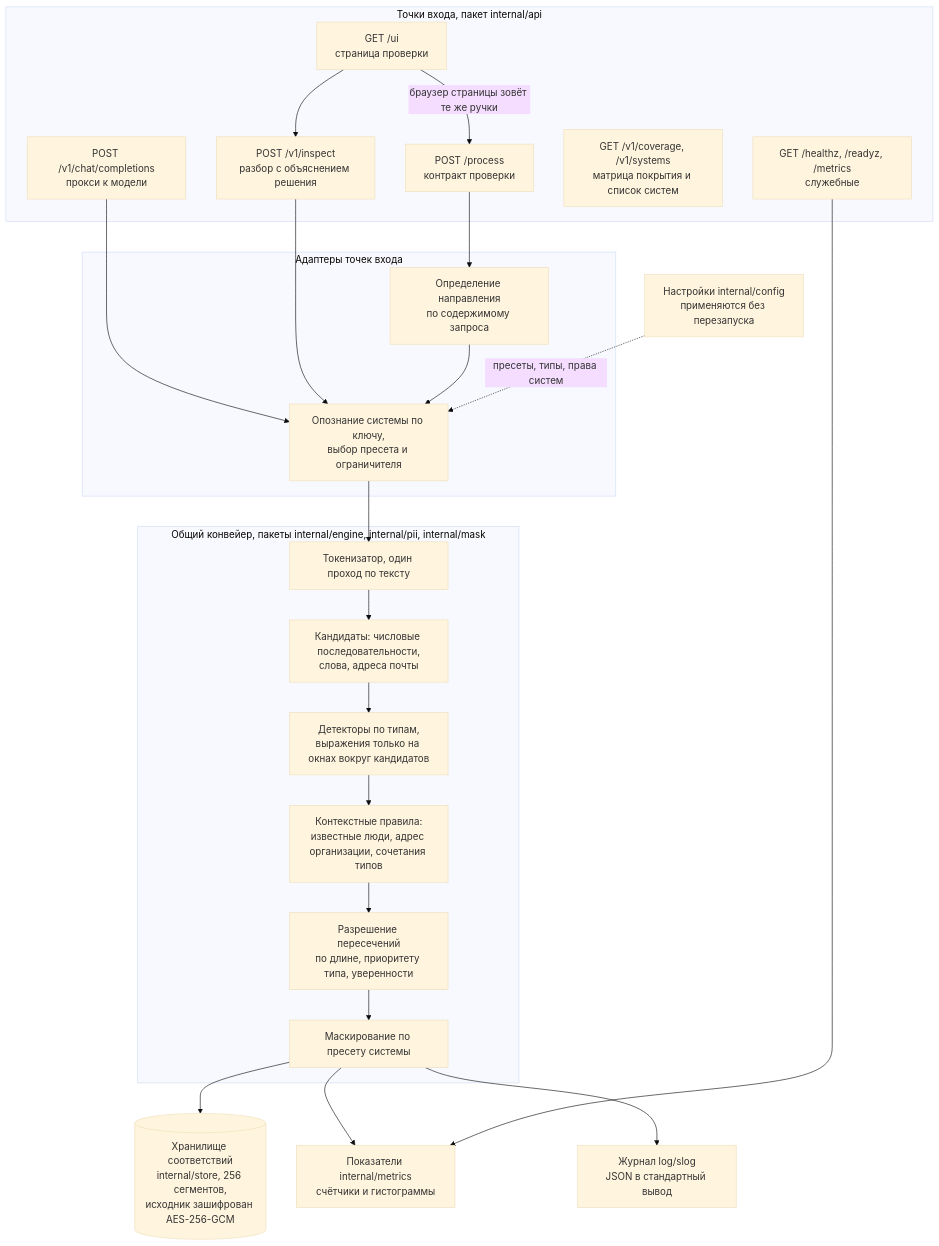
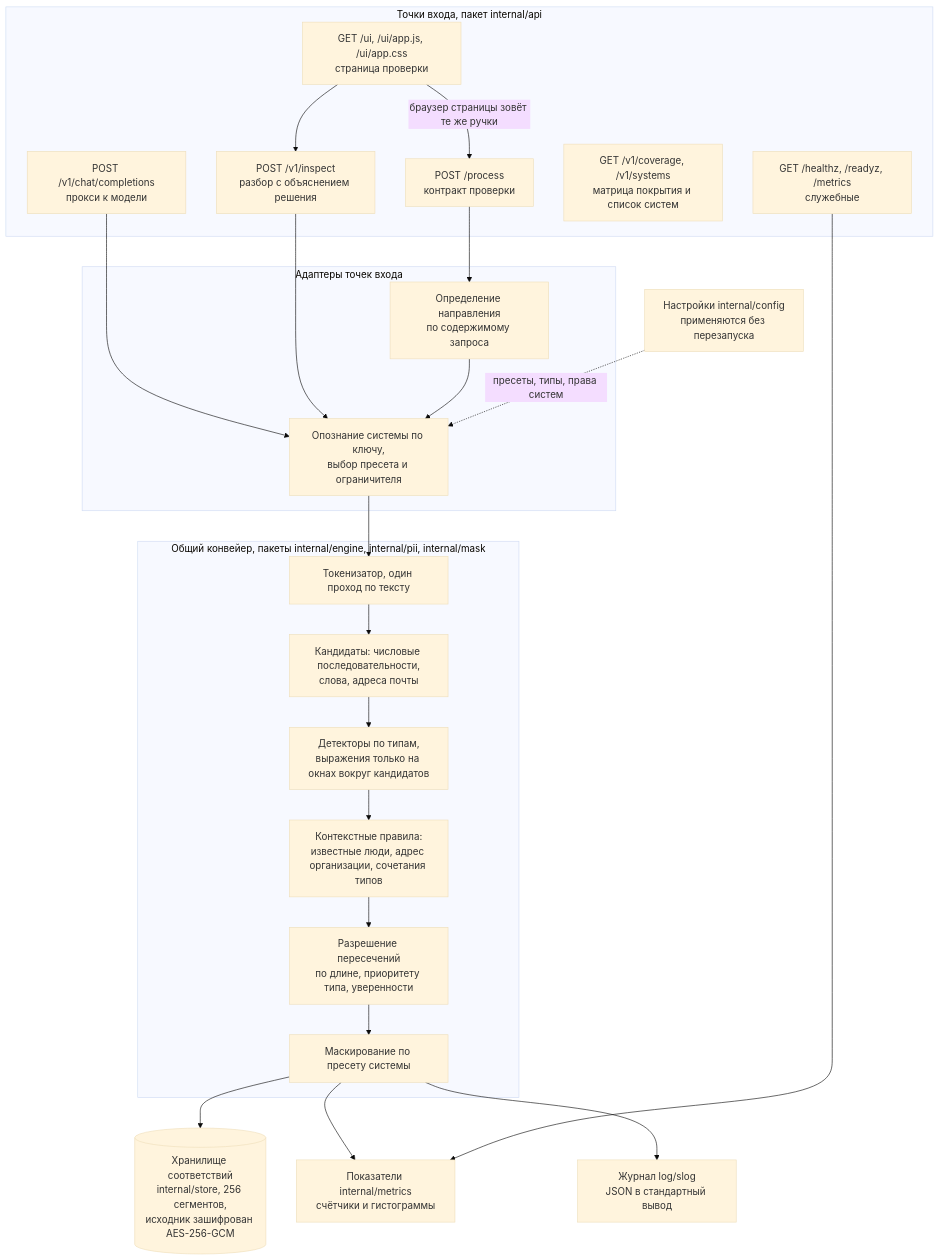
The third of 7 diagrams in docs/SYSTEM-DESIGN.md (timur-nagimov/pii-guard), drawn with Mermaid (base theme) before and after one commit. The commit also changed 6 other files, not shown here.

First line of the commit message:
Страница проверки: стили и сценарий вынесены в отдельные файлы

````diff
--- a/docs/SYSTEM-DESIGN.md
+++ b/docs/SYSTEM-DESIGN.md
@@ -156,44 +156,44 @@
 ```mermaid
 flowchart TB
     subgraph IN["Точки входа, пакет internal/api"]
         P1["POST /process<br/>контракт проверки"]
         P2["POST /v1/chat/completions<br/>прокси к модели"]
         P3["POST /v1/inspect<br/>разбор с объяснением решения"]
-        P4["GET /ui<br/>страница проверки"]
+        P4["GET /ui, /ui/app.js, /ui/app.css<br/>страница проверки"]
         P5["GET /v1/coverage, /v1/systems<br/>матрица покрытия и список систем"]
         P6["GET /healthz, /readyz, /metrics<br/>служебные"]
     end
 
     subgraph ADAPT["Адаптеры точек входа"]
         A1["Опознание системы по ключу,<br/>выбор пресета и ограничителя"]
         A2["Определение направления<br/>по содержимому запроса"]
     end
 
     subgraph CORE["Общий конвейер, пакеты internal/engine, internal/pii, internal/mask"]
         T1["Токенизатор, один проход по тексту"]
         T2["Кандидаты: числовые последовательности,<br/>слова, адреса почты"]
         T3["Детекторы по типам,<br/>выражения только на окнах вокруг кандидатов"]
         T4["Контекстные правила:<br/>известные люди, адрес организации, сочетания типов"]
         T5["Разрешение пересечений<br/>по длине, приоритету типа, уверенности"]
         T6["Маскирование по пресету системы"]
     end
 
     ST[("Хранилище соответствий<br/>internal/store, 256 сегментов,<br/>исходник зашифрован AES-256-GCM")]
     MET["Показатели internal/metrics<br/>счётчики и гистограммы"]
     LOG["Журнал log/slog<br/>JSON в стандартный вывод"]
     CFG["Настройки internal/config<br/>применяются без перезапуска"]
 
     P1 --> A2
     P2 --> A1
     P3 --> A1
     P4 -->|"браузер страницы зовёт те же ручки"| P1
     P4 --> P3
     A2 --> A1
     A1 --> T1
     T1 --> T2 --> T3 --> T4 --> T5 --> T6
     T6 --> ST
     T6 --> MET
     T6 --> LOG
     CFG -.->|"пресеты, типы, права систем"| A1
     P6 --> MET
 ```
````
